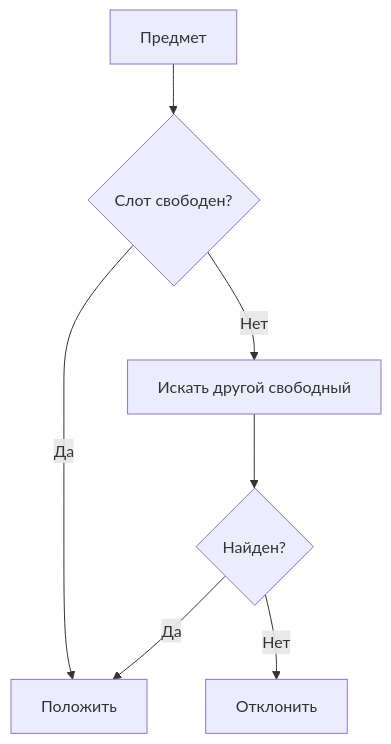
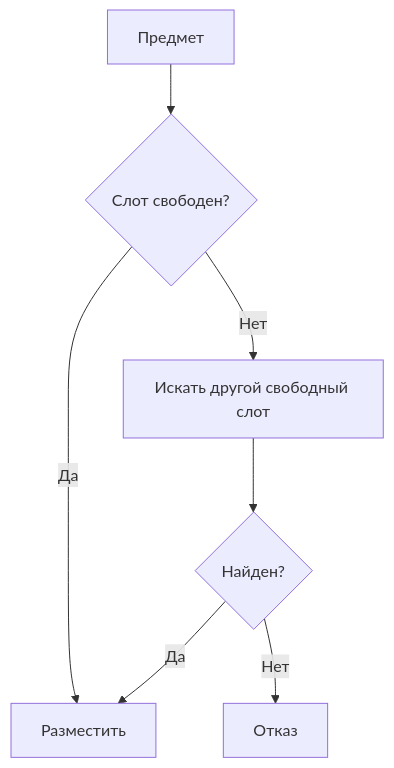
One commit to SergeevSergey99/DragAndDropSystem-Docs changed the second of 4 diagrams in .docs/content/architecture/strategies.ru.md. Above: the diagram before and after it, drawn with Mermaid. The commit also changed other lines of this file and 15 other files, not shown here.

````diff
--- a/.docs/content/architecture/strategies.ru.md
+++ b/.docs/content/architecture/strategies.ru.md
@@ -34,9 +41,9 @@
 ```mermaid
 flowchart TD
     A["Предмет"] --> B{"Слот свободен?"}
-    B -->|Да| C["Положить"]
-    B -->|Нет| D["Искать другой свободный"]
+    B -->|Да| C["Разместить"]
+    B -->|Нет| D["Искать другой свободный слот"]
     D --> E{"Найден?"}
     E -->|Да| C
-    E -->|Нет| F["Отклонить"]
+    E -->|Нет| F["Отказ"]
 ```
````
